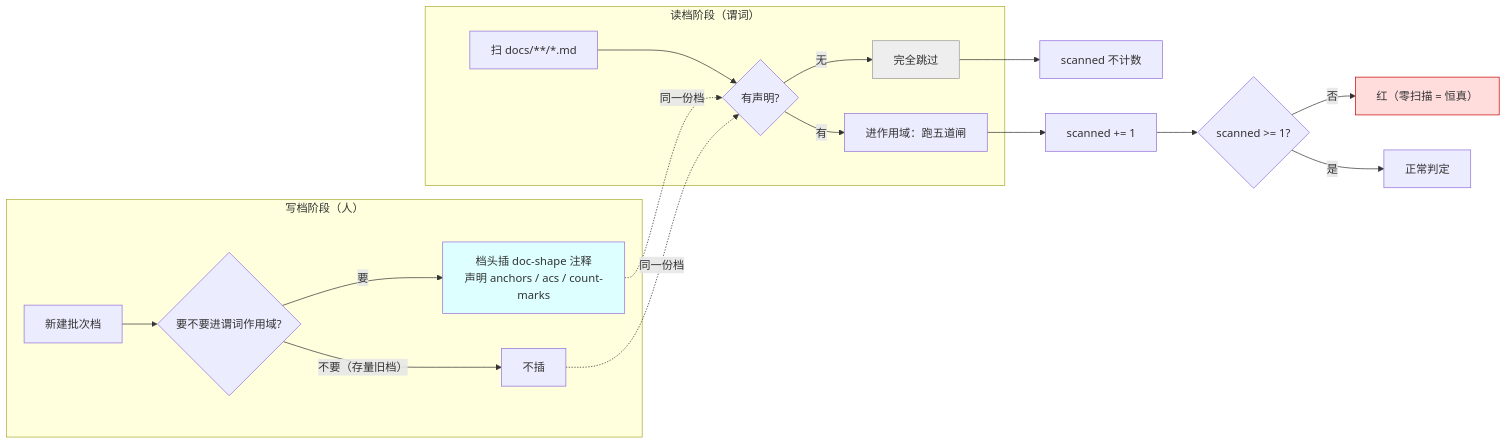
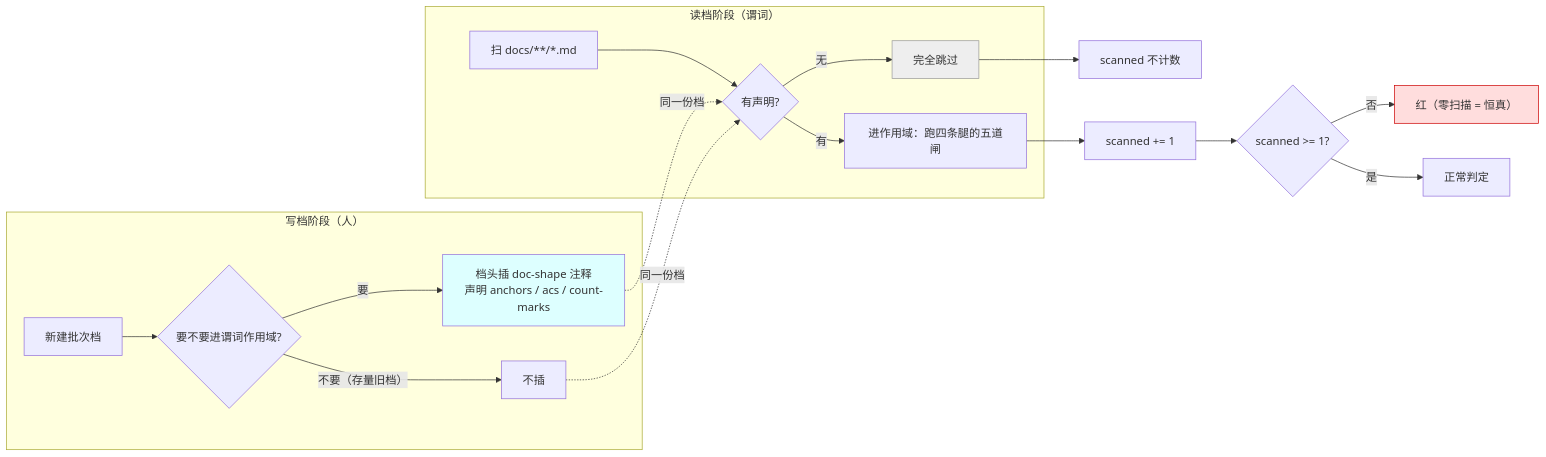
The second of 4 diagrams in docs/2026-09-16-doc-shape-design.md (shenhuanageshei/dsh-thincoder-suite), drawn with Mermaid before and after one commit. The commit also changed other lines of this file and 2 other files, not shown here.

````diff
--- a/docs/2026-09-16-doc-shape-design.md
+++ b/docs/2026-09-16-doc-shape-design.md
@@ -117,23 +117,23 @@
 ```mermaid
 flowchart LR
   subgraph W["写档阶段（人）"]
     W1["新建批次档"] --> W2{"要不要进谓词作用域?"}
     W2 -- "要" --> W3["档头插 doc-shape 注释<br/>声明 anchors / acs / count-marks"]
     W2 -- "不要（存量旧档）" --> W4["不插"]
   end
   subgraph R["读档阶段（谓词）"]
     R1["扫 docs/**/*.md"] --> R2{"有声明?"}
-    R2 -- "有" --> R3["进作用域：跑五道闸"]
+    R2 -- "有" --> R3["进作用域：跑四条腿的五道闸"]
     R2 -- "无" --> R4["完全跳过"]
   end
   W3 -. "同一份档" .-> R2
   W4 -. "同一份档" .-> R2
   R4 --> N1["scanned 不计数"]
   R3 --> N2["scanned += 1"]
   N2 --> N3{"scanned >= 1?"}
   N3 -- "否" --> N4["红（零扫描 = 恒真）"]
   N3 -- "是" --> N5["正常判定"]
   style W3 fill:#dff
   style R4 fill:#eee,stroke:#999
   style N4 fill:#fdd,stroke:#c00
 ```
````
